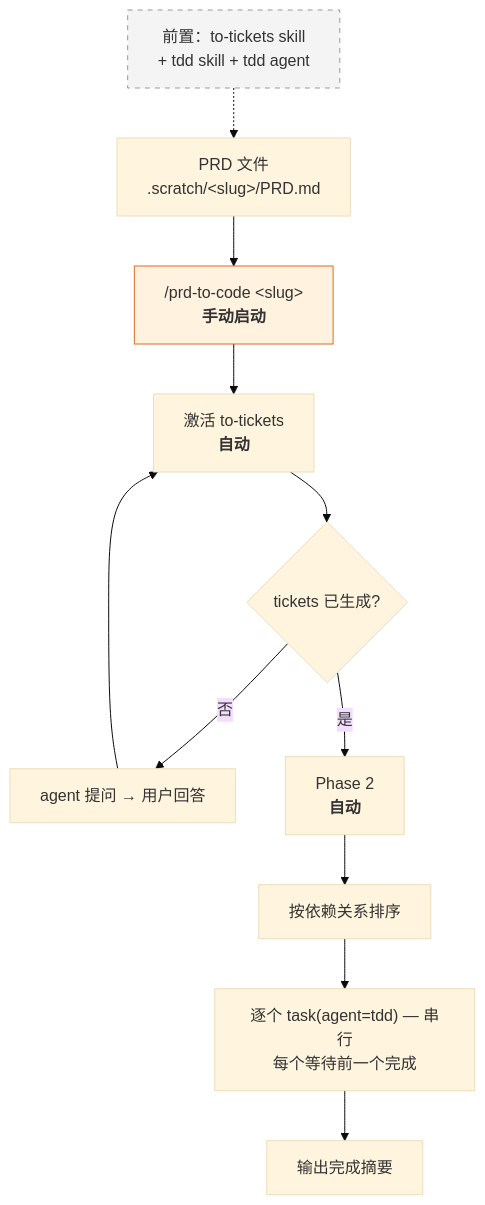
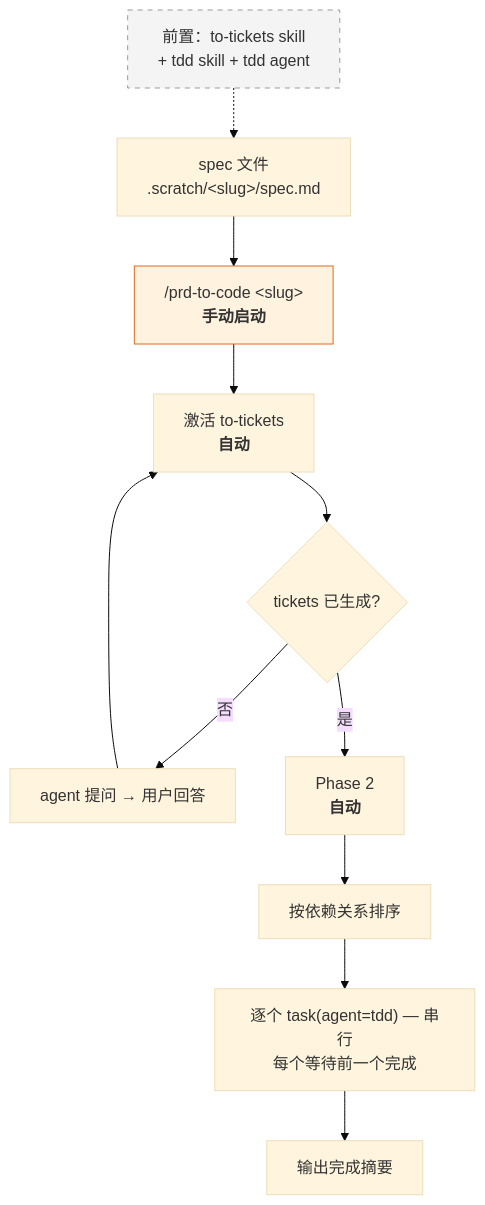
The second of 2 diagrams in README.cn.md (hugosol/oh-my-wayfinder), drawn with Mermaid (base theme) before and after one commit. The commit also changed other lines of this file and 2 other files, not shown here.

````diff
--- a/README.cn.md
+++ b/README.cn.md
@@ -85,15 +85,15 @@
 ```mermaid
 flowchart TD
     PRE["前置：to-tickets skill<br/>+ tdd skill + tdd agent"] -.-> P
-    P["PRD 文件<br/>.scratch/&lt;slug&gt;/PRD.md"] --> C["/prd-to-code &lt;slug&gt;<br/><b>手动启动</b>"]
+    P["spec 文件<br/>.scratch/&lt;slug&gt;/spec.md"] --> C["/prd-to-code &lt;slug&gt;<br/><b>手动启动</b>"]
     C --> A["激活 to-tickets<br/><b>自动</b>"]
     A --> Q{"tickets 已生成?"}
     Q -->|"否"| QA["agent 提问 → 用户回答"] --> A
     Q -->|"是"| P2["Phase 2<br/><b>自动</b>"]
     P2 --> ORD["按依赖关系排序"]
     ORD --> TD["逐个 task(agent=tdd) — 串行<br/>每个等待前一个完成"]
     TD --> DONE["输出完成摘要"]
 
     style C fill:#fff3e0,stroke:#dd6b20
     style PRE fill:#f4f4f4,stroke:#999,stroke-dasharray:5 5
 ```
````
